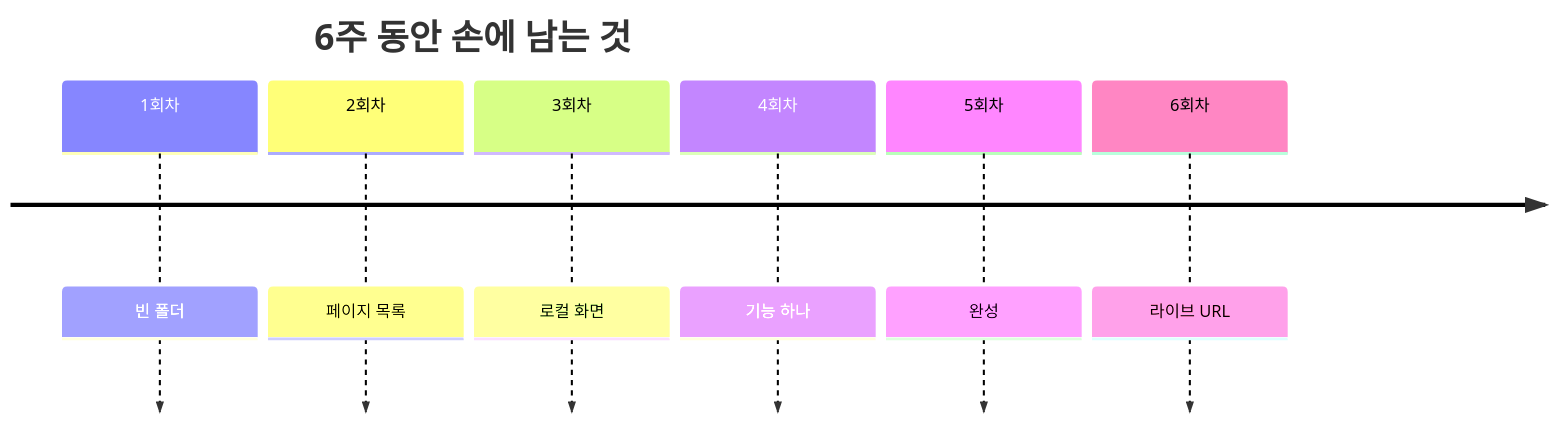
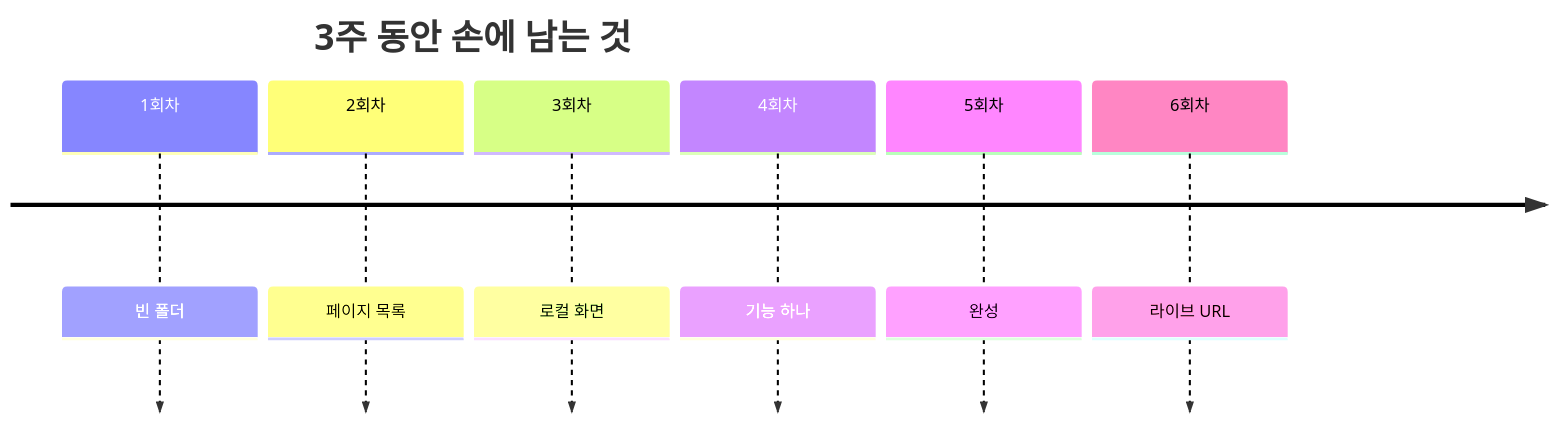
Before and after one commit to In-HyeokJang/coding-without-coding: the second of 2 diagrams in src/content/docs/index.mdx, drawn with Mermaid. The commit also changed other lines of this file and 11 other files, not shown here.

````diff
--- a/src/content/docs/index.mdx
+++ b/src/content/docs/index.mdx
@@ -36,10 +36,10 @@
 ```mermaid
 timeline
-    title 6주 동안 손에 남는 것
+    title 3주 동안 손에 남는 것
     1회차 : 빈 폴더
     2회차 : 페이지 목록
     3회차 : 로컬 화면
     4회차 : 기능 하나
     5회차 : 완성
     6회차 : 라이브 URL
 ```
````
